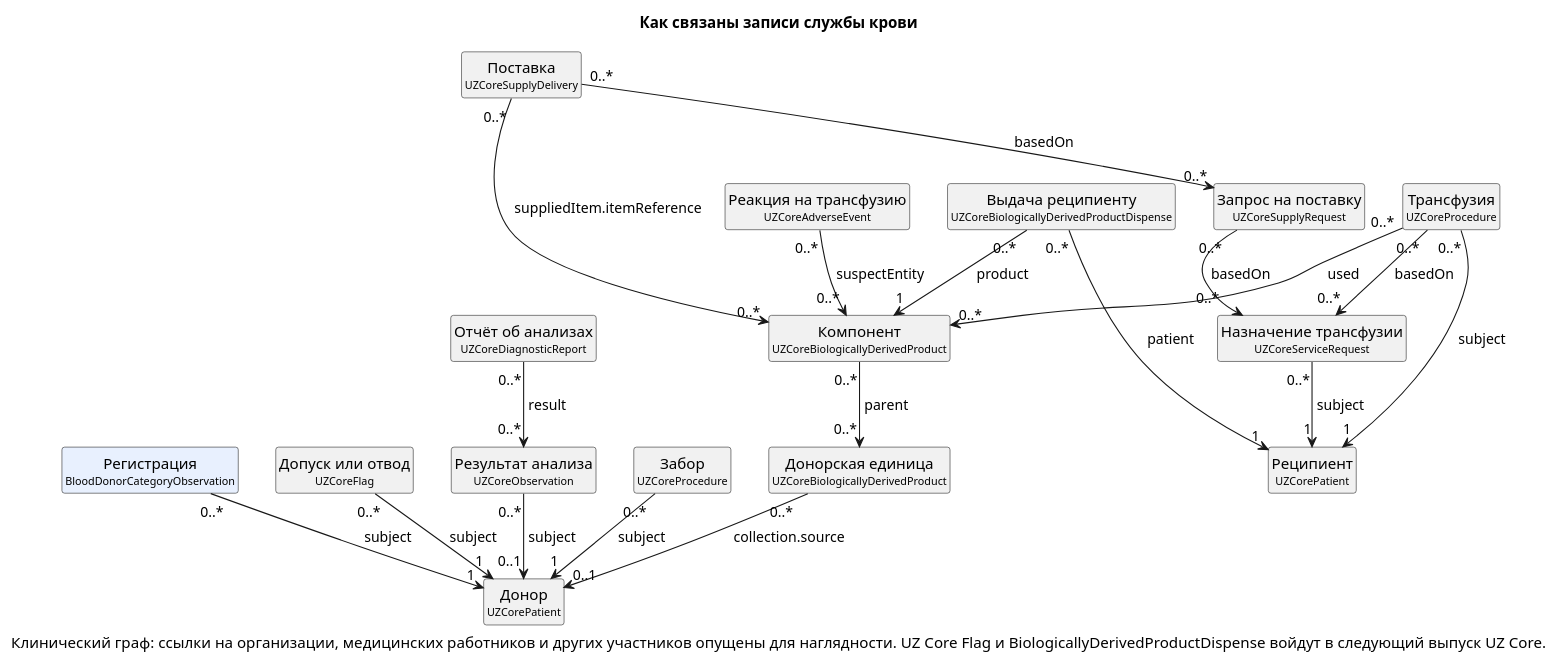
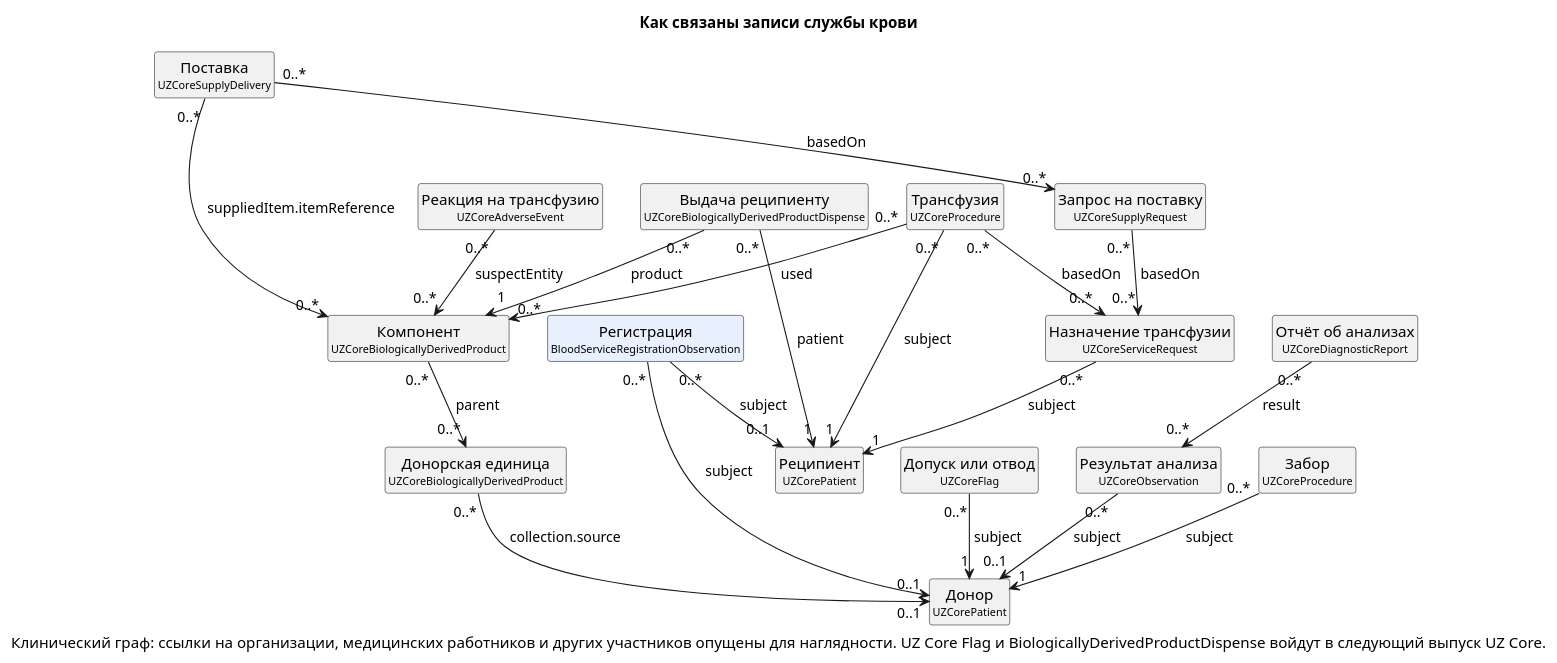
Before and after one commit to uzinfocom-org/digital-health-integration: the diagram in input/images-source/blood-management-model-ru.plantuml, drawn with PlantUML. The commit also changed 5 other files, not shown here.

Commit message:
blood management: Blood Service Registration Observation

```diff
--- a/input/images-source/blood-management-model-ru.plantuml
+++ b/input/images-source/blood-management-model-ru.plantuml
@@ -1,42 +1,43 @@
 @startuml blood-management-model-ru
 hide circle
 hide empty members
 title Как связаны записи службы крови
 
 class "Донор\n<size:10>UZCorePatient</size>" as Donor [[https://dhp.uz/fhir/core/ru/StructureDefinition-uz-core-patient.html{Открыть UZCorePatient}]]
 class "Реципиент\n<size:10>UZCorePatient</size>" as Recipient [[https://dhp.uz/fhir/core/ru/StructureDefinition-uz-core-patient.html{Открыть UZCorePatient}]]
-class "Регистрация\n<size:10>BloodDonorCategoryObservation</size>" as Reg [[StructureDefinition-blood-donor-category-observation.html{Открыть BloodDonorCategoryObservation}]] #E8F0FE
+class "Регистрация\n<size:10>BloodServiceRegistrationObservation</size>" as Reg [[StructureDefinition-blood-service-registration-observation.html{Открыть BloodServiceRegistrationObservation}]] #E8F0FE
 class "Допуск или отвод\n<size:10>UZCoreFlag</size>" as Flag
 class "Результат анализа\n<size:10>UZCoreObservation</size>" as Test [[https://dhp.uz/fhir/core/ru/StructureDefinition-uz-core-observation.html{Открыть UZCoreObservation}]]
 class "Отчёт об анализах\n<size:10>UZCoreDiagnosticReport</size>" as Report [[https://dhp.uz/fhir/core/ru/StructureDefinition-uz-core-diagnostic-report.html{Открыть UZCoreDiagnosticReport}]]
 class "Забор\n<size:10>UZCoreProcedure</size>" as Coll [[https://dhp.uz/fhir/core/ru/StructureDefinition-uz-core-procedure.html{Открыть UZCoreProcedure}]]
 class "Донорская единица\n<size:10>UZCoreBiologicallyDerivedProduct</size>" as Unit [[https://dhp.uz/fhir/core/ru/StructureDefinition-uz-core-biologically-derived-product.html{Открыть UZCoreBiologicallyDerivedProduct}]]
 class "Компонент\n<size:10>UZCoreBiologicallyDerivedProduct</size>" as Comp [[https://dhp.uz/fhir/core/ru/StructureDefinition-uz-core-biologically-derived-product.html{Открыть UZCoreBiologicallyDerivedProduct}]]
 class "Назначение трансфузии\n<size:10>UZCoreServiceRequest</size>" as Order [[https://dhp.uz/fhir/core/ru/StructureDefinition-uz-core-servicerequest.html{Открыть UZCoreServiceRequest}]]
 class "Запрос на поставку\n<size:10>UZCoreSupplyRequest</size>" as SReq [[https://dhp.uz/fhir/core/ru/StructureDefinition-uz-core-supply-request.html{Открыть UZCoreSupplyRequest}]]
 class "Поставка\n<size:10>UZCoreSupplyDelivery</size>" as SDel [[https://dhp.uz/fhir/core/ru/StructureDefinition-uz-core-supply-delivery.html{Открыть UZCoreSupplyDelivery}]]
 class "Выдача реципиенту\n<size:10>UZCoreBiologicallyDerivedProductDispense</size>" as Disp
 class "Трансфузия\n<size:10>UZCoreProcedure</size>" as Tx [[https://dhp.uz/fhir/core/ru/StructureDefinition-uz-core-procedure.html{Открыть UZCoreProcedure}]]
 class "Реакция на трансфузию\n<size:10>UZCoreAdverseEvent</size>" as AE [[https://dhp.uz/fhir/core/ru/StructureDefinition-uz-core-adverse-event.html{Открыть UZCoreAdverseEvent}]]
 
-Reg "0..*" --> "1" Donor : « subject »
+Reg "0..*" --> "0..1" Donor : « subject »
+Reg "0..*" --> "0..1" Recipient : « subject »
 Flag "0..*" --> "1" Donor : « subject »
 Test "0..*" --> "0..1" Donor : « subject »
 Report "0..*" --> "0..*" Test : « result »
 Coll "0..*" --> "1" Donor : « subject »
 Unit "0..*" --> "0..1" Donor : « collection.source »
 Comp "0..*" --> "0..*" Unit : « parent »
 Order "0..*" --> "1" Recipient : « subject »
 SReq "0..*" --> "0..*" Order : « basedOn »
 SDel "0..*" --> "0..*" SReq : « basedOn »
 SDel "0..*" --> "0..*" Comp : « suppliedItem.itemReference »
 Disp "0..*" --> "1" Comp : « product »
 Disp "0..*" --> "1" Recipient : « patient »
 Tx "0..*" --> "0..*" Order : « basedOn »
 Tx "0..*" --> "0..*" Comp : « used »
 Tx "0..*" --> "1" Recipient : « subject »
 AE "0..*" --> "0..*" Comp : « suspectEntity »
 
 caption Клинический граф: ссылки на организации, медицинских работников и других участников опущены для наглядности. UZ Core Flag и BiologicallyDerivedProductDispense войдут в следующий выпуск UZ Core.
 
 @enduml
```
